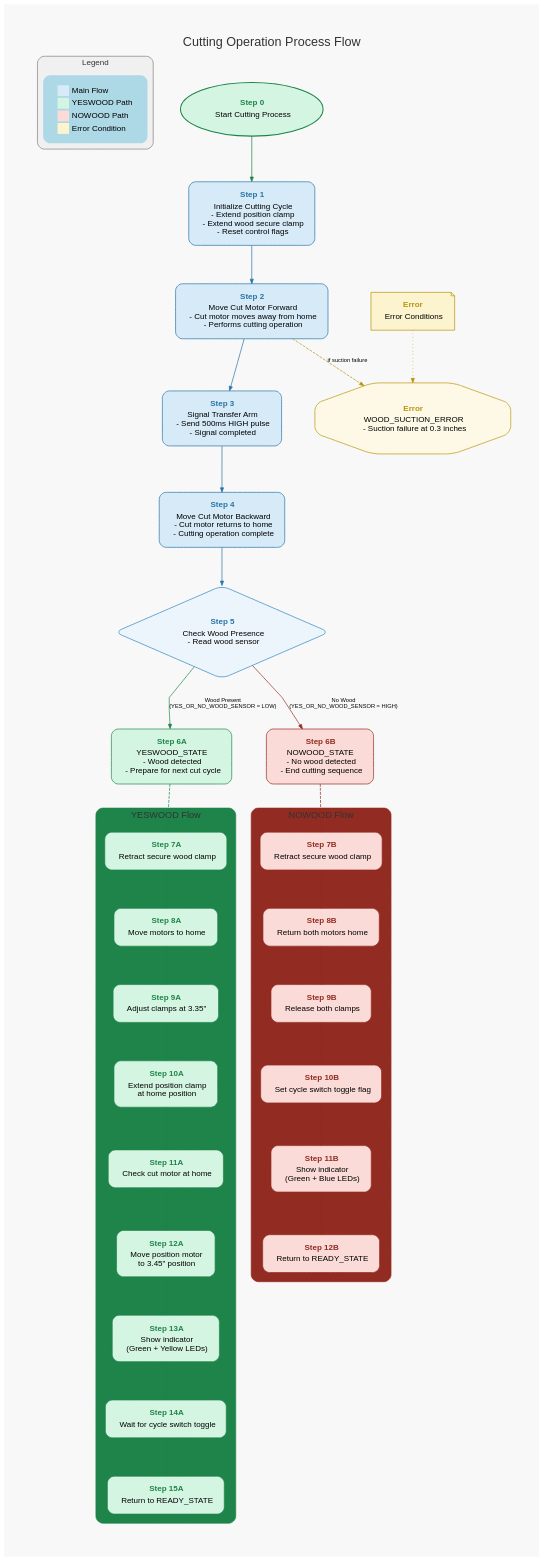
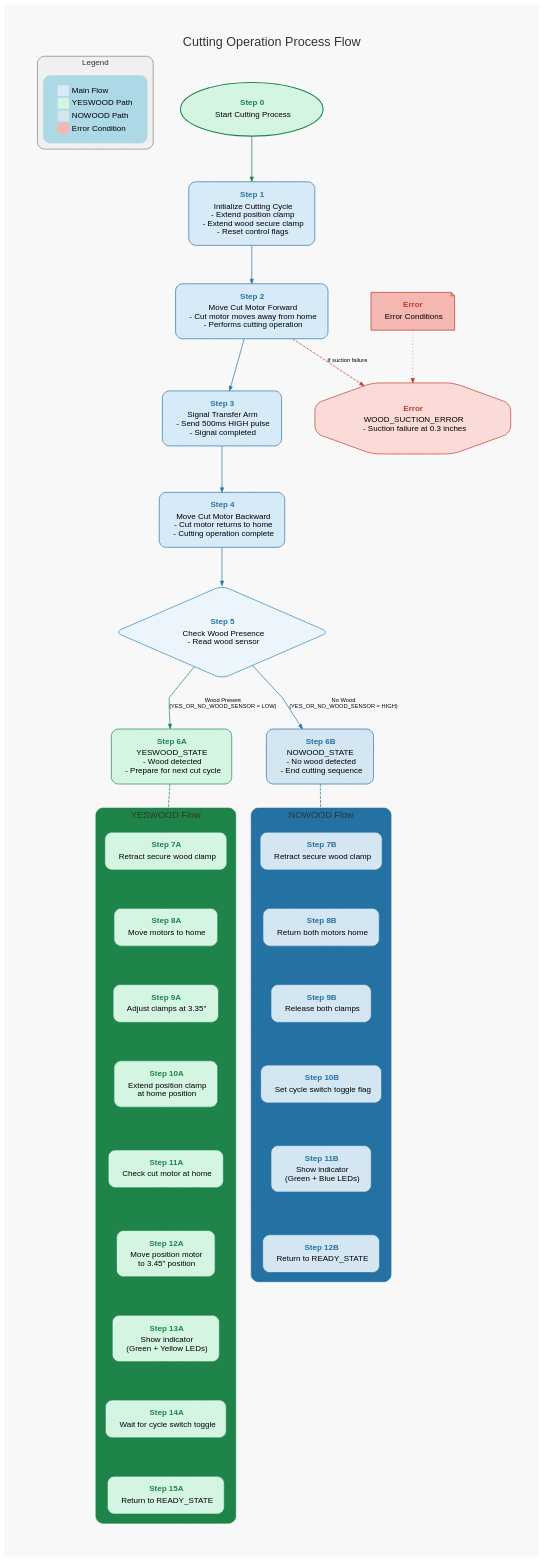
One commit to akivaweil/Stage-1-Mar25 changed the diagram in flowcharts/cutting_process.dot. Above: the diagram before and after it, drawn with Graphviz. The commit also changed 1 other file, not shown here.

Commit message:
Update flowchart: change NOWOOD path to blue, reserve red for errors

```diff
--- a/flowcharts/cutting_process.dot
+++ b/flowcharts/cutting_process.dot
@@ -1,121 +1,121 @@
 digraph cutting_process {
     // Graph styling
     graph [fontname="Arial", rankdir="TB", splines="polyline", overlap=false, nodesep=0.8, ranksep=0.9, pad=0.7, label="Cutting Operation Process Flow", fontsize=22, labelloc="t", bgcolor="#F8F8F8", fontcolor="#333333"];
     node [shape="box", style="rounded,filled", fillcolor="lightblue", fontname="Arial", margin="0.3,0.2", color="#555555", penwidth=1.2];
     edge [fontname="Arial", fontsize=10, color="#777777", penwidth=1.0, arrowsize=0.8];
 
     // Add a legend
     subgraph cluster_legend {
         label="Legend";
         style="rounded,filled";
         color="#666666";
         fillcolor="#F0F0F0";
         fontsize=14;
         margin=10;
         rank="sink";
         
         legend_node [shape=none, label=<<table border="0" cellborder="0" cellspacing="3">
             <tr><td port="main" bgcolor="#D6EAF8" width="20" height="12"></td><td align="left">Main Flow</td></tr>
             <tr><td port="yes" bgcolor="#D5F5E3" width="20" height="12"></td><td align="left">YESWOOD Path</td></tr>
-            <tr><td port="no" bgcolor="#FADBD8" width="20" height="12"></td><td align="left">NOWOOD Path</td></tr>
-            <tr><td port="error" bgcolor="#FCF3CF" width="20" height="12"></td><td align="left">Error Condition</td></tr>
+            <tr><td port="no" bgcolor="#D4E6F1" width="20" height="12"></td><td align="left">NOWOOD Path</td></tr>
+            <tr><td port="error" bgcolor="#F5B7B1" width="20" height="12"></td><td align="left">Error Condition</td></tr>
         </table>>];
     }
 
     // States and transitions for cutting process
     start [label=<<table border="0" cellborder="0" cellspacing="0"><tr><td><font color="#1E8449" point-size="14"><b>Step 0</b></font></td></tr><tr><td>Start Cutting Process</td></tr></table>>, shape="oval", fillcolor="#D5F5E3", color="#1E8449", penwidth=1.8];
     
     // Initialize cutting state
     init [label=<<table border="0" cellborder="0" cellspacing="0"><tr><td><font color="#2874A6" point-size="14"><b>Step 1</b></font></td></tr><tr><td align="left">Initialize Cutting Cycle<br/>- Extend position clamp<br/>- Extend wood secure clamp<br/>- Reset control flags</td></tr></table>>, fillcolor="#D6EAF8", color="#2874A6", penwidth=1.2];
     
     // Extend cutter
     extend [label=<<table border="0" cellborder="0" cellspacing="0"><tr><td><font color="#2874A6" point-size="14"><b>Step 2</b></font></td></tr><tr><td align="left">Move Cut Motor Forward<br/>- Cut motor moves away from home<br/>- Performs cutting operation</td></tr></table>>, fillcolor="#D6EAF8", color="#2874A6", penwidth=1.2];
     
     // Signal transfer arm
     signal [label=<<table border="0" cellborder="0" cellspacing="0"><tr><td><font color="#2874A6" point-size="14"><b>Step 3</b></font></td></tr><tr><td align="left">Signal Transfer Arm<br/>- Send 500ms HIGH pulse<br/>- Signal completed</td></tr></table>>, fillcolor="#D6EAF8", color="#2874A6", penwidth=1.2];
     
     // Retract cutter
     retract [label=<<table border="0" cellborder="0" cellspacing="0"><tr><td><font color="#2874A6" point-size="14"><b>Step 4</b></font></td></tr><tr><td align="left">Move Cut Motor Backward<br/>- Cut motor returns to home<br/>- Cutting operation complete</td></tr></table>>, fillcolor="#D6EAF8", color="#2874A6", penwidth=1.2];
     
     // Check wood presence
     check [label=<<table border="0" cellborder="0" cellspacing="0"><tr><td><font color="#2874A6" point-size="14"><b>Step 5</b></font></td></tr><tr><td align="left">Check Wood Presence<br/>- Read wood sensor</td></tr></table>>, shape="diamond", fillcolor="#EBF5FB", color="#2E86C1", penwidth=1.2];
     
     // Result states  
     yeswood [label=<<table border="0" cellborder="0" cellspacing="0"><tr><td><font color="#1E8449" point-size="14"><b>Step 6A</b></font></td></tr><tr><td align="left">YESWOOD_STATE<br/>- Wood detected<br/>- Prepare for next cut cycle</td></tr></table>>, fillcolor="#D5F5E3", color="#1E8449", penwidth=1.2];
-    nowood [label=<<table border="0" cellborder="0" cellspacing="0"><tr><td><font color="#922B21" point-size="14"><b>Step 6B</b></font></td></tr><tr><td align="left">NOWOOD_STATE<br/>- No wood detected<br/>- End cutting sequence</td></tr></table>>, fillcolor="#FADBD8", color="#922B21", penwidth=1.2];
+    nowood [label=<<table border="0" cellborder="0" cellspacing="0"><tr><td><font color="#2471A3" point-size="14"><b>Step 6B</b></font></td></tr><tr><td align="left">NOWOOD_STATE<br/>- No wood detected<br/>- End cutting sequence</td></tr></table>>, fillcolor="#D4E6F1", color="#2471A3", penwidth=1.2];
     
     // Error conditions
-    error [label=<<table border="0" cellborder="0" cellspacing="0"><tr><td><font color="#B7950B" point-size="14"><b>Error</b></font></td></tr><tr><td align="left">Error Conditions</td></tr></table>>, shape="note", fillcolor="#FCF3CF", color="#B7950B", penwidth=1.2];
-    errorwood [label=<<table border="0" cellborder="0" cellspacing="0"><tr><td><font color="#B7950B" point-size="14"><b>Error</b></font></td></tr><tr><td align="left">WOOD_SUCTION_ERROR<br/>- Suction failure at 0.3 inches</td></tr></table>>, shape="octagon", fillcolor="#FEF9E7", color="#B7950B", penwidth=1.2];
+    error [label=<<table border="0" cellborder="0" cellspacing="0"><tr><td><font color="#C0392B" point-size="14"><b>Error</b></font></td></tr><tr><td align="left">Error Conditions</td></tr></table>>, shape="note", fillcolor="#F5B7B1", color="#C0392B", penwidth=1.2];
+    errorwood [label=<<table border="0" cellborder="0" cellspacing="0"><tr><td><font color="#C0392B" point-size="14"><b>Error</b></font></td></tr><tr><td align="left">WOOD_SUCTION_ERROR<br/>- Suction failure at 0.3 inches</td></tr></table>>, shape="octagon", fillcolor="#FADBD8", color="#C0392B", penwidth=1.2];
     
     // Flow connections
     start -> init [color="#1E8449", penwidth=1.2];
     init -> extend [color="#2874A6", penwidth=1.2];
     extend -> signal [color="#2874A6", penwidth=1.2];
     signal -> retract [color="#2874A6", penwidth=1.2];
     retract -> check [color="#2874A6", penwidth=1.2];
     check -> yeswood [label="Wood Present\n(YES_OR_NO_WOOD_SENSOR = LOW)", color="#1E8449", penwidth=1.2];
-    check -> nowood [label="No Wood\n(YES_OR_NO_WOOD_SENSOR = HIGH)", color="#922B21", penwidth=1.2];
+    check -> nowood [label="No Wood\n(YES_OR_NO_WOOD_SENSOR = HIGH)", color="#2471A3", penwidth=1.2];
     
     // Error path
-    error -> errorwood [color="#B7950B", penwidth=1.2, style="dotted"];
-    extend -> errorwood [style="dashed", label="if suction failure", color="#B7950B", penwidth=1.2];
+    error -> errorwood [color="#C0392B", penwidth=1.2, style="dotted"];
+    extend -> errorwood [style="dashed", label="if suction failure", color="#C0392B", penwidth=1.2];
     
     // Subgraph for YESWOOD flow
     subgraph cluster_yeswood {
         label="YESWOOD Flow";
         style="rounded,filled";
         color="#1E8449";
         penwidth=1.2;
         bgcolor="#EAF7EF";
         fontsize=16;
         margin=16;
         
         yw1 [label=<<table border="0" cellborder="0" cellspacing="0"><tr><td><font color="#1E8449" point-size="14"><b>Step 7A</b></font></td></tr><tr><td align="left">Retract secure wood clamp</td></tr></table>>, fillcolor="#D5F5E3", color="#1E8449"];
         yw2 [label=<<table border="0" cellborder="0" cellspacing="0"><tr><td><font color="#1E8449" point-size="14"><b>Step 8A</b></font></td></tr><tr><td align="left">Move motors to home</td></tr></table>>, fillcolor="#D5F5E3", color="#1E8449"];
         yw3 [label=<<table border="0" cellborder="0" cellspacing="0"><tr><td><font color="#1E8449" point-size="14"><b>Step 9A</b></font></td></tr><tr><td align="left">Adjust clamps at 3.35"</td></tr></table>>, fillcolor="#D5F5E3", color="#1E8449"];
         yw4 [label=<<table border="0" cellborder="0" cellspacing="0"><tr><td><font color="#1E8449" point-size="14"><b>Step 10A</b></font></td></tr><tr><td align="left">Extend position clamp<br/>at home position</td></tr></table>>, fillcolor="#D5F5E3", color="#1E8449"];
         yw5 [label=<<table border="0" cellborder="0" cellspacing="0"><tr><td><font color="#1E8449" point-size="14"><b>Step 11A</b></font></td></tr><tr><td align="left">Check cut motor at home</td></tr></table>>, fillcolor="#D5F5E3", color="#1E8449"];
         yw6 [label=<<table border="0" cellborder="0" cellspacing="0"><tr><td><font color="#1E8449" point-size="14"><b>Step 12A</b></font></td></tr><tr><td align="left">Move position motor<br/>to 3.45" position</td></tr></table>>, fillcolor="#D5F5E3", color="#1E8449"];
         yw7 [label=<<table border="0" cellborder="0" cellspacing="0"><tr><td><font color="#1E8449" point-size="14"><b>Step 13A</b></font></td></tr><tr><td align="left">Show indicator<br/>(Green + Yellow LEDs)</td></tr></table>>, fillcolor="#D5F5E3", color="#1E8449"];
         yw8 [label=<<table border="0" cellborder="0" cellspacing="0"><tr><td><font color="#1E8449" point-size="14"><b>Step 14A</b></font></td></tr><tr><td align="left">Wait for cycle switch toggle</td></tr></table>>, fillcolor="#D5F5E3", color="#1E8449"];
         yw9 [label=<<table border="0" cellborder="0" cellspacing="0"><tr><td><font color="#1E8449" point-size="14"><b>Step 15A</b></font></td></tr><tr><td align="left">Return to READY_STATE</td></tr></table>>, fillcolor="#D5F5E3", color="#1E8449"];
         
         yw1 -> yw2 [color="#1E8449"];
         yw2 -> yw3 [color="#1E8449"];
         yw3 -> yw4 [color="#1E8449"];
         yw4 -> yw5 [color="#1E8449"];
         yw5 -> yw6 [color="#1E8449"];
         yw6 -> yw7 [color="#1E8449"];
         yw7 -> yw8 [color="#1E8449"];
         yw8 -> yw9 [color="#1E8449"];
     }
     
     // Subgraph for NOWOOD flow  
     subgraph cluster_nowood {
         label="NOWOOD Flow";
         style="rounded,filled";
-        color="#922B21";
+        color="#2471A3";
         penwidth=1.2;
-        bgcolor="#FDEDEC";
+        bgcolor="#EBF5FB";
         fontsize=16;
         margin=16;
         
-        nw1 [label=<<table border="0" cellborder="0" cellspacing="0"><tr><td><font color="#922B21" point-size="14"><b>Step 7B</b></font></td></tr><tr><td align="left">Retract secure wood clamp</td></tr></table>>, fillcolor="#FADBD8", color="#922B21"];
-        nw2 [label=<<table border="0" cellborder="0" cellspacing="0"><tr><td><font color="#922B21" point-size="14"><b>Step 8B</b></font></td></tr><tr><td align="left">Return both motors home</td></tr></table>>, fillcolor="#FADBD8", color="#922B21"];
-        nw3 [label=<<table border="0" cellborder="0" cellspacing="0"><tr><td><font color="#922B21" point-size="14"><b>Step 9B</b></font></td></tr><tr><td align="left">Release both clamps</td></tr></table>>, fillcolor="#FADBD8", color="#922B21"];
-        nw4 [label=<<table border="0" cellborder="0" cellspacing="0"><tr><td><font color="#922B21" point-size="14"><b>Step 10B</b></font></td></tr><tr><td align="left">Set cycle switch toggle flag</td></tr></table>>, fillcolor="#FADBD8", color="#922B21"];
-        nw5 [label=<<table border="0" cellborder="0" cellspacing="0"><tr><td><font color="#922B21" point-size="14"><b>Step 11B</b></font></td></tr><tr><td align="left">Show indicator<br/>(Green + Blue LEDs)</td></tr></table>>, fillcolor="#FADBD8", color="#922B21"];
-        nw6 [label=<<table border="0" cellborder="0" cellspacing="0"><tr><td><font color="#922B21" point-size="14"><b>Step 12B</b></font></td></tr><tr><td align="left">Return to READY_STATE</td></tr></table>>, fillcolor="#FADBD8", color="#922B21"];
+        nw1 [label=<<table border="0" cellborder="0" cellspacing="0"><tr><td><font color="#2471A3" point-size="14"><b>Step 7B</b></font></td></tr><tr><td align="left">Retract secure wood clamp</td></tr></table>>, fillcolor="#D4E6F1", color="#2471A3"];
+        nw2 [label=<<table border="0" cellborder="0" cellspacing="0"><tr><td><font color="#2471A3" point-size="14"><b>Step 8B</b></font></td></tr><tr><td align="left">Return both motors home</td></tr></table>>, fillcolor="#D4E6F1", color="#2471A3"];
+        nw3 [label=<<table border="0" cellborder="0" cellspacing="0"><tr><td><font color="#2471A3" point-size="14"><b>Step 9B</b></font></td></tr><tr><td align="left">Release both clamps</td></tr></table>>, fillcolor="#D4E6F1", color="#2471A3"];
+        nw4 [label=<<table border="0" cellborder="0" cellspacing="0"><tr><td><font color="#2471A3" point-size="14"><b>Step 10B</b></font></td></tr><tr><td align="left">Set cycle switch toggle flag</td></tr></table>>, fillcolor="#D4E6F1", color="#2471A3"];
+        nw5 [label=<<table border="0" cellborder="0" cellspacing="0"><tr><td><font color="#2471A3" point-size="14"><b>Step 11B</b></font></td></tr><tr><td align="left">Show indicator<br/>(Green + Blue LEDs)</td></tr></table>>, fillcolor="#D4E6F1", color="#2471A3"];
+        nw6 [label=<<table border="0" cellborder="0" cellspacing="0"><tr><td><font color="#2471A3" point-size="14"><b>Step 12B</b></font></td></tr><tr><td align="left">Return to READY_STATE</td></tr></table>>, fillcolor="#D4E6F1", color="#2471A3"];
         
-        nw1 -> nw2 [color="#922B21"];
-        nw2 -> nw3 [color="#922B21"];
-        nw3 -> nw4 [color="#922B21"];
-        nw4 -> nw5 [color="#922B21"];
-        nw5 -> nw6 [color="#922B21"];
+        nw1 -> nw2 [color="#2471A3"];
+        nw2 -> nw3 [color="#2471A3"];
+        nw3 -> nw4 [color="#2471A3"];
+        nw4 -> nw5 [color="#2471A3"];
+        nw5 -> nw6 [color="#2471A3"];
     }
     
     // Connect main flow to subgraphs
     yeswood -> yw1 [style="dashed", color="#1E8449", penwidth=1.2];
-    nowood -> nw1 [style="dashed", color="#922B21", penwidth=1.2];
+    nowood -> nw1 [style="dashed", color="#2471A3", penwidth=1.2];
 } 
```
